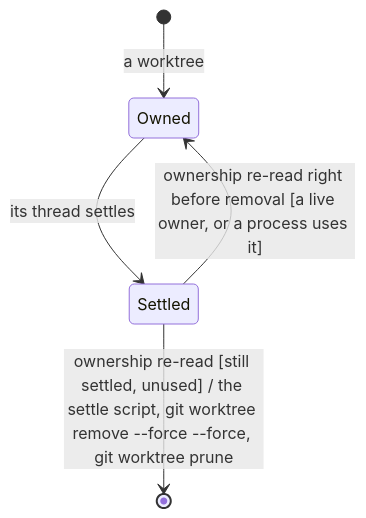
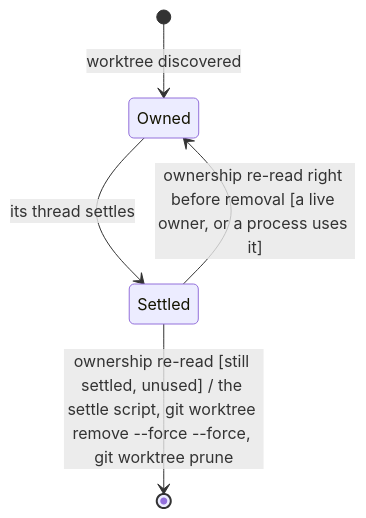
The third of 5 diagrams in .claude/skills/environment/references/maintenance.md (MP281X/deslop), drawn with Mermaid before and after one commit. The commit also changed other lines of this file and 37 other files, not shown here.

````diff
--- a/.claude/skills/environment/references/maintenance.md
+++ b/.claude/skills/environment/references/maintenance.md
@@ -46,7 +50,7 @@
-   ```mermaid
-   stateDiagram-v2
-       [*] --> Owned : a worktree
-       Owned --> Settled : its thread settles
-       Settled --> Owned : ownership re-read right before removal [a live owner, or a process uses it]
-       Settled --> [*] : ownership re-read [still settled, unused] / the settle script, git worktree remove --force --force, git worktree prune
-   ```
+```mermaid
+stateDiagram-v2
+    [*] --> Owned : worktree discovered
+    Owned --> Settled : its thread settles
+    Settled --> Owned : ownership re-read right before removal [a live owner, or a process uses it]
+    Settled --> [*] : ownership re-read [still settled, unused] / the settle script, git worktree remove --force --force, git worktree prune
+```
````
